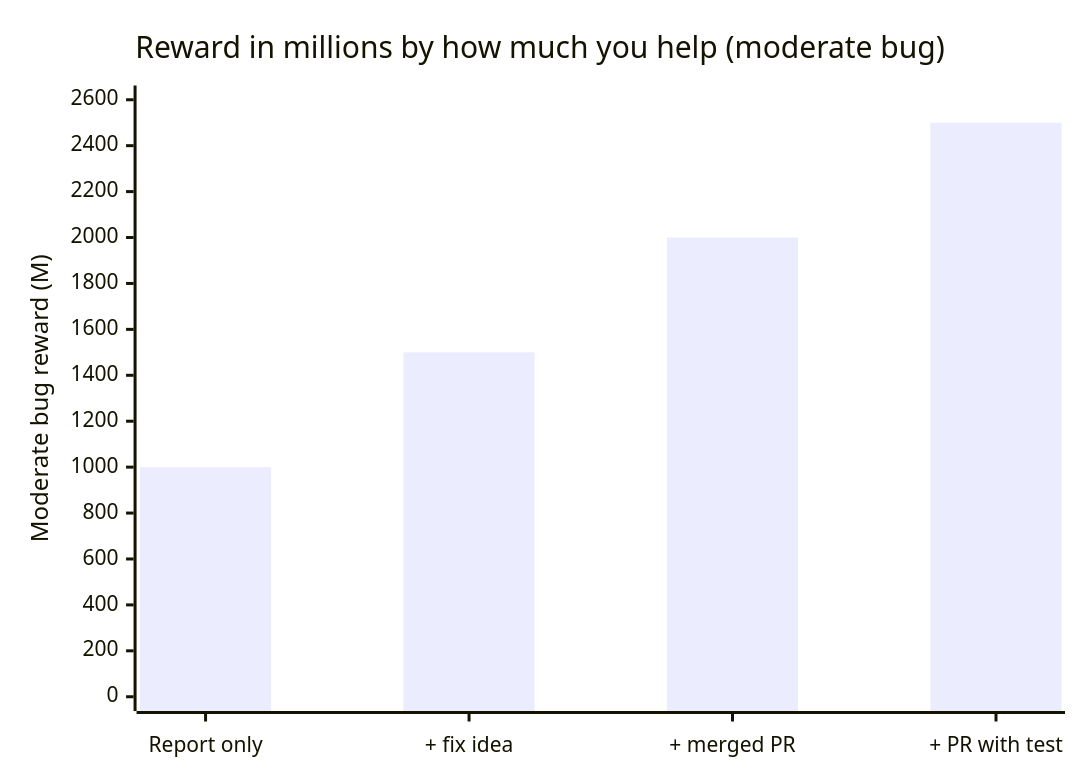
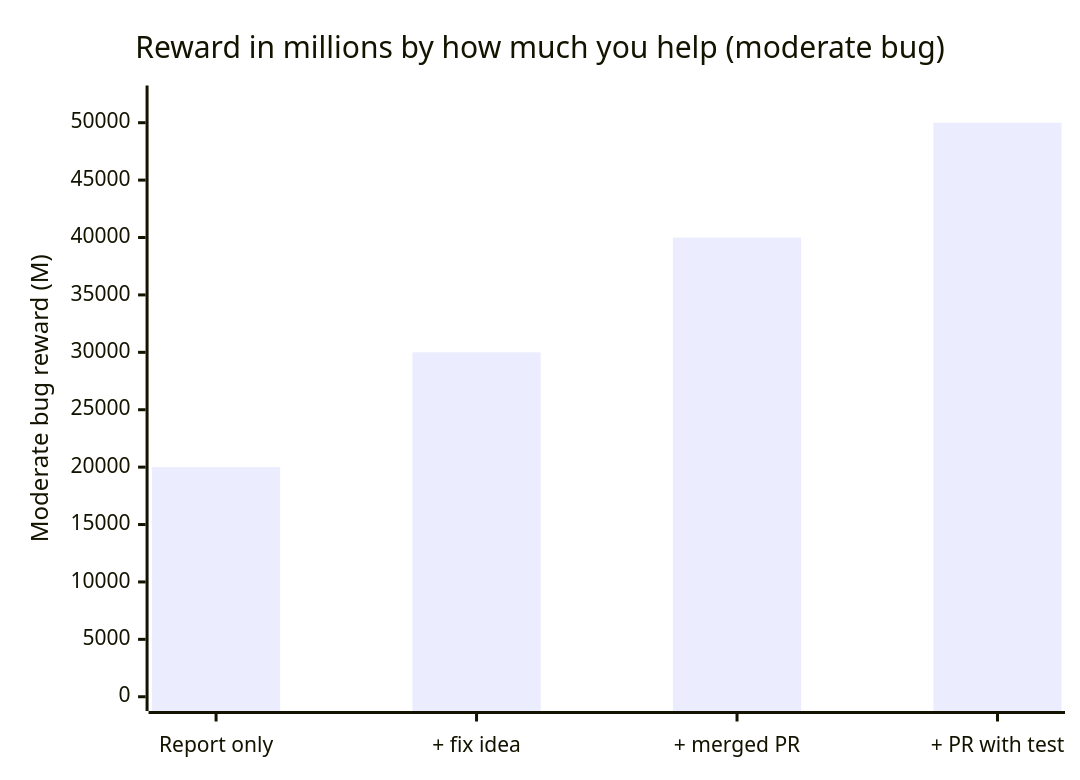
Before and after one commit to Manbo04/AnO-Reborn: the fourth of 6 diagrams in README.md, drawn with Mermaid. The commit also changed other lines of this file and 2 other files, not shown here.

````diff
--- a/README.md
+++ b/README.md
@@ -170,7 +170,7 @@
 ```mermaid
 xychart-beta
     title "Reward in millions by how much you help (moderate bug)"
     x-axis ["Report only", "+ fix idea", "+ merged PR", "+ PR with test"]
-    y-axis "Moderate bug reward (M)" 0 --> 2600
-    bar [1000, 1500, 2000, 2500]
+    y-axis "Moderate bug reward (M)" 0 --> 52000
+    bar [20000, 30000, 40000, 50000]
 ```
````
